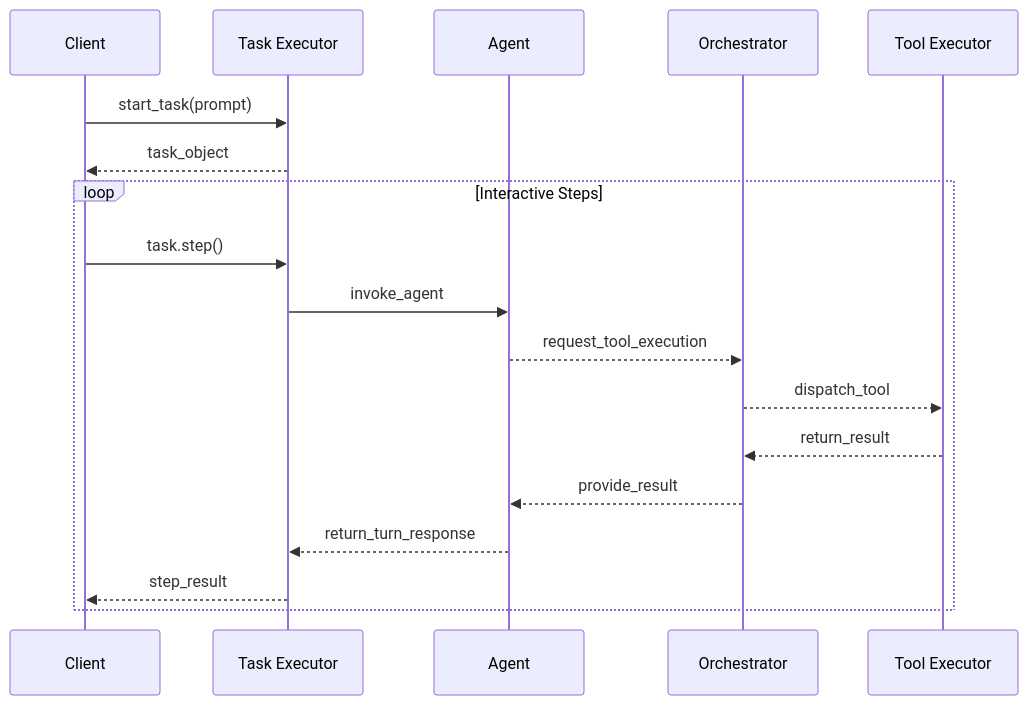
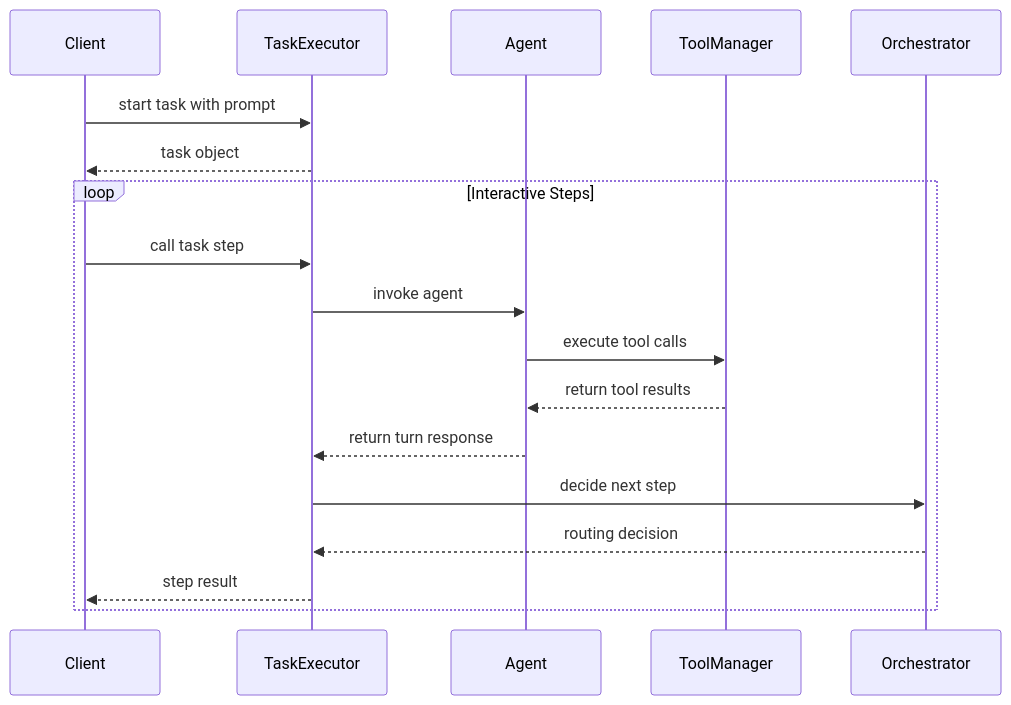
Before and after one commit to dustland/roboco: the third of 4 diagrams in docs/content/docs/design/overview.mdx, drawn with Mermaid. The commit also changed other lines of this file and 4 other files, not shown here.

````diff
--- a/docs/content/docs/design/overview.mdx
+++ b/docs/content/docs/design/overview.mdx
@@ -125,22 +105,22 @@
 ```mermaid
 sequenceDiagram
     participant C as Client
-    participant TX as Task Executor
+    participant TX as TaskExecutor
     participant AG as Agent
+    participant TM as ToolManager
     participant OR as Orchestrator
-    participant TE as Tool Executor
 
-    C->>TX: start_task(prompt)
-    TX-->>C: task_object
+    C->>TX: start task with prompt
+    TX-->>C: task object
 
     loop Interactive Steps
-        C->>TX: task.step()
-        TX->>AG: invoke_agent
-        AG-->>OR: request_tool_execution
-        OR-->>TE: dispatch_tool
-        TE-->>OR: return_result
-        OR-->>AG: provide_result
-        AG-->>TX: return_turn_response
-        TX-->>C: step_result
+        C->>TX: call task step
+        TX->>AG: invoke agent
+        AG->>TM: execute tool calls
+        TM-->>AG: return tool results
+        AG-->>TX: return turn response
+        TX->>OR: decide next step
+        OR-->>TX: routing decision
+        TX-->>C: step result
     end
 ```
````
